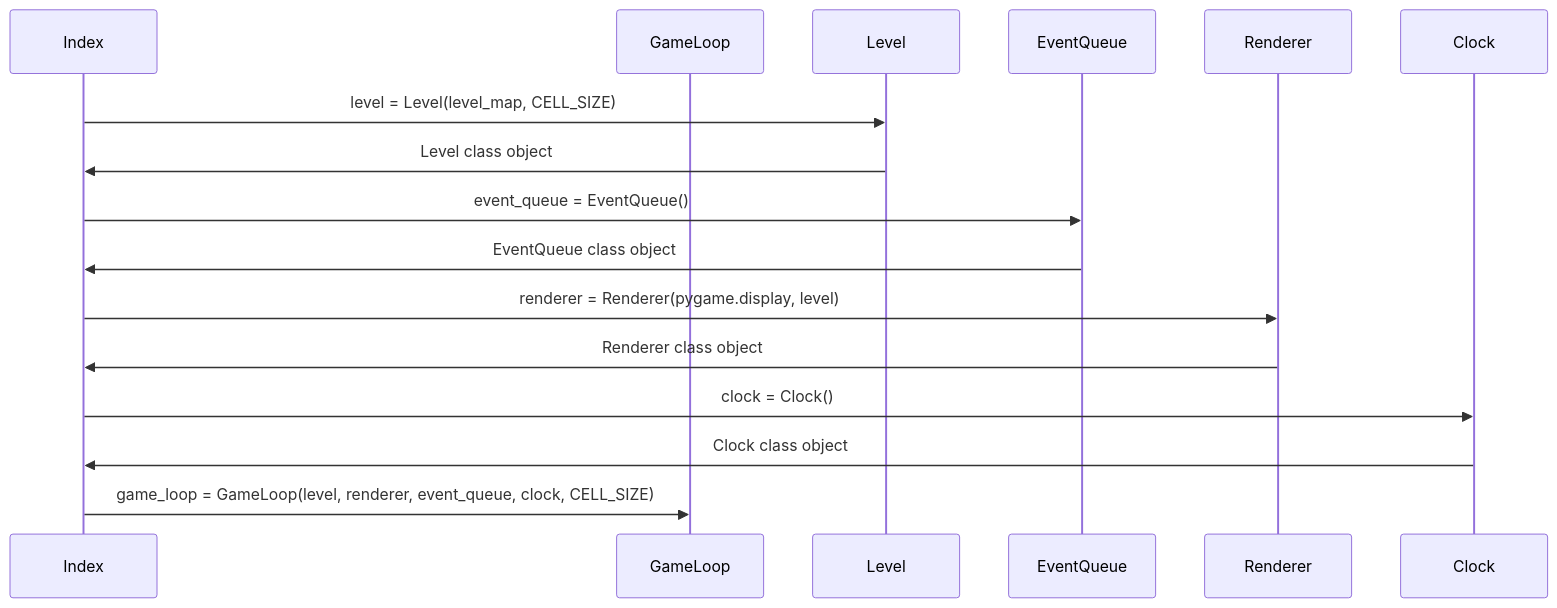
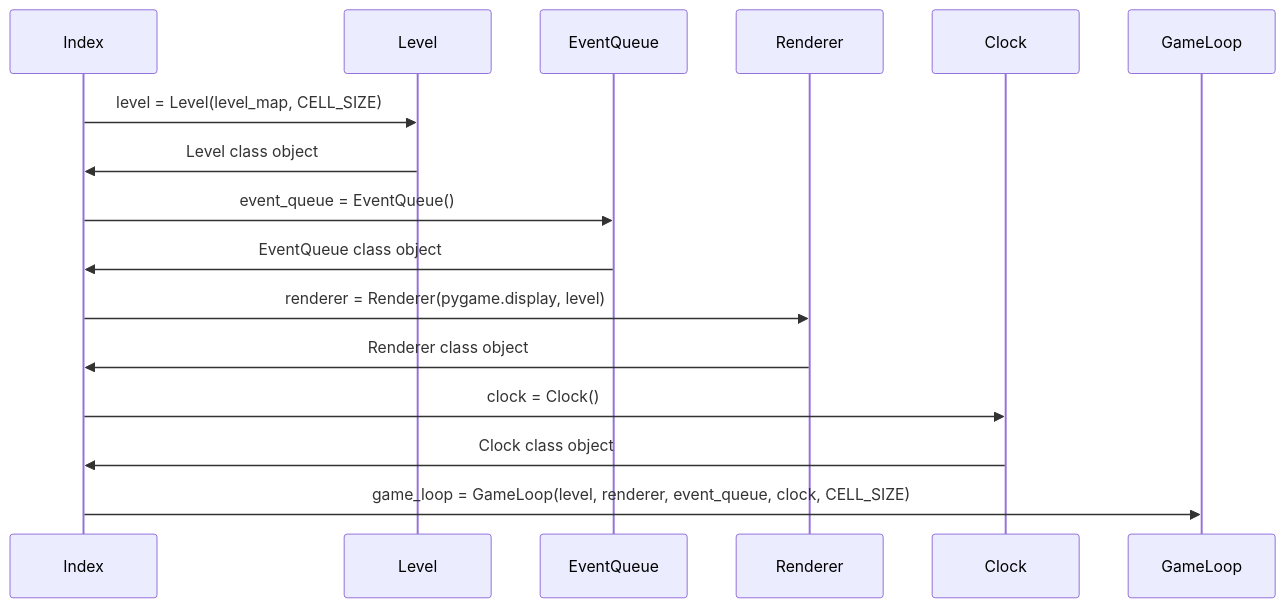
Before and after one commit to VilleJuhan1/ot-harjoitustyo: the third of 3 diagrams in dokumentaatio/arkkitehtuuri.md, drawn with Mermaid. The commit also changed other lines of this file, not shown here.

Commit message:
more architecture

````diff
--- a/dokumentaatio/arkkitehtuuri.md
+++ b/dokumentaatio/arkkitehtuuri.md
@@ -65,18 +68,18 @@
 ```mermaid
 sequenceDiagram
     participant Index
-    participant GameLoop
     participant Level
     participant EventQueue
     participant Renderer
     participant Clock
+    participant GameLoop
     Index->>Level: level = Level(level_map, CELL_SIZE)
     Level->>Index: Level class object
     Index->>EventQueue: event_queue = EventQueue()
     EventQueue->>Index: EventQueue class object
     Index->>Renderer: renderer = Renderer(pygame.display, level)
     Renderer->>Index: Renderer class object
     Index->>Clock: clock = Clock()
     Clock->>Index: Clock class object
     Index->>GameLoop: game_loop = GameLoop(level, renderer, event_queue, clock, CELL_SIZE)
 ```
````
